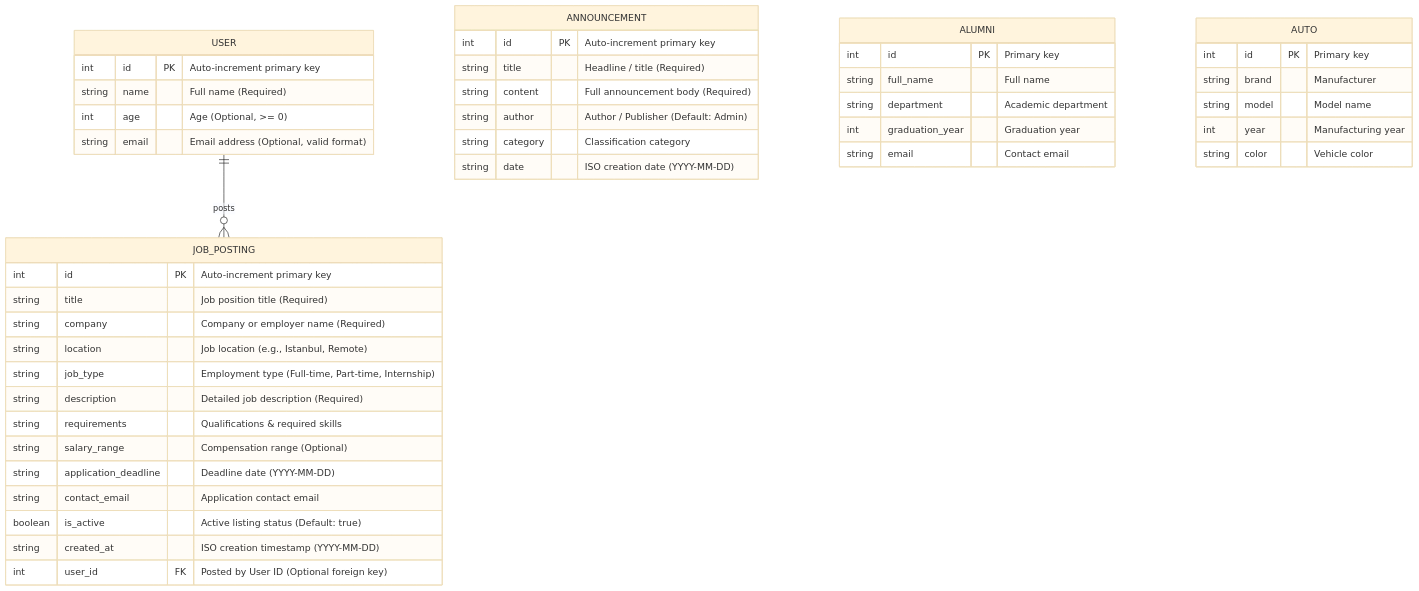
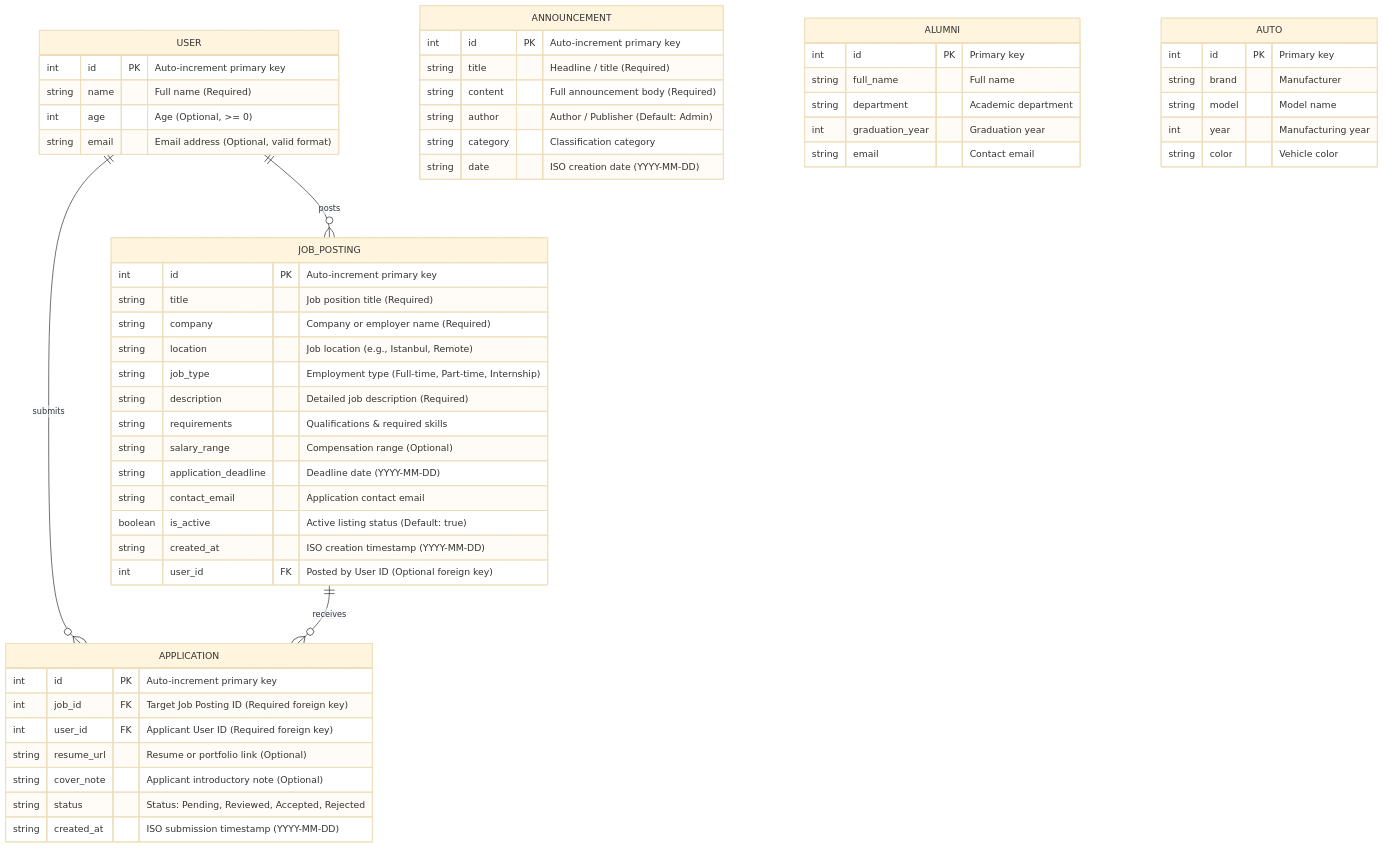
Before and after one commit to zsudedogan/Alumni: the diagram in ddd.md, drawn with Mermaid (base theme). The commit also changed other lines of this file and 12 other files, not shown here.

````diff
--- a/ddd.md
+++ b/ddd.md
@@ -67,52 +67,64 @@
 ```mermaid
 erDiagram
     USER {
         int id PK "Auto-increment primary key"
         string name "Full name (Required)"
         int age "Age (Optional, >= 0)"
         string email "Email address (Optional, valid format)"
     }
 
     ANNOUNCEMENT {
         int id PK "Auto-increment primary key"
         string title "Headline / title (Required)"
         string content "Full announcement body (Required)"
         string author "Author / Publisher (Default: Admin)"
         string category "Classification category"
         string date "ISO creation date (YYYY-MM-DD)"
     }
 
     JOB_POSTING {
         int id PK "Auto-increment primary key"
         string title "Job position title (Required)"
         string company "Company or employer name (Required)"
         string location "Job location (e.g., Istanbul, Remote)"
         string job_type "Employment type (Full-time, Part-time, Internship)"
         string description "Detailed job description (Required)"
         string requirements "Qualifications & required skills"
         string salary_range "Compensation range (Optional)"
         string application_deadline "Deadline date (YYYY-MM-DD)"
         string contact_email "Application contact email"
         boolean is_active "Active listing status (Default: true)"
         string created_at "ISO creation timestamp (YYYY-MM-DD)"
         int user_id FK "Posted by User ID (Optional foreign key)"
     }
 
+    APPLICATION {
+        int id PK "Auto-increment primary key"
+        int job_id FK "Target Job Posting ID (Required foreign key)"
+        int user_id FK "Applicant User ID (Required foreign key)"
+        string resume_url "Resume or portfolio link (Optional)"
+        string cover_note "Applicant introductory note (Optional)"
+        string status "Status: Pending, Reviewed, Accepted, Rejected"
+        string created_at "ISO submission timestamp (YYYY-MM-DD)"
+    }
+
     USER ||--o{ JOB_POSTING : "posts"
+    USER ||--o{ APPLICATION : "submits"
+    JOB_POSTING ||--o{ APPLICATION : "receives"
 
     ALUMNI {
         int id PK "Primary key"
         string full_name "Full name"
         string department "Academic department"
         int graduation_year "Graduation year"
         string email "Contact email"
     }
 
     AUTO {
         int id PK "Primary key"
         string brand "Manufacturer"
         string model "Model name"
         int year "Manufacturing year"
         string color "Vehicle color"
     }
 ```
````
